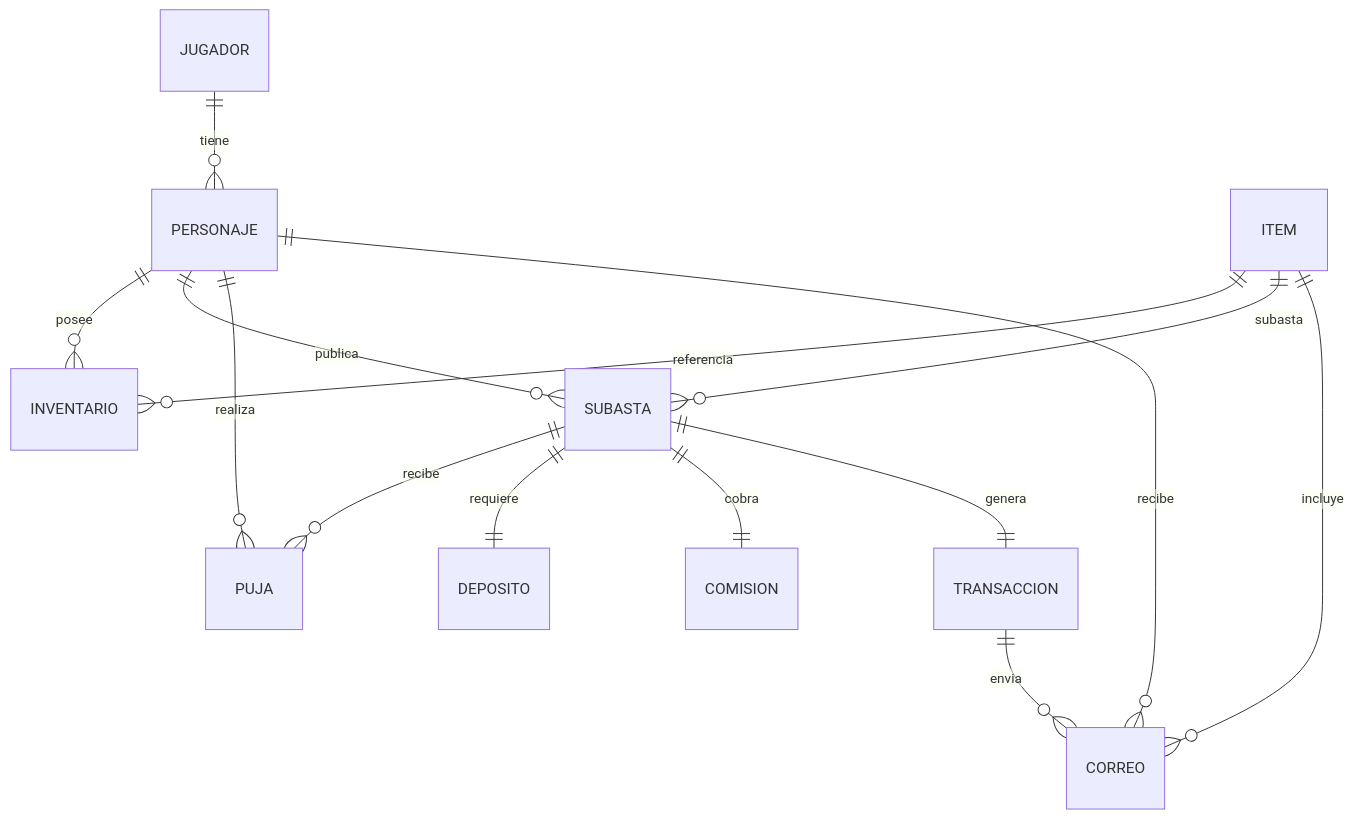
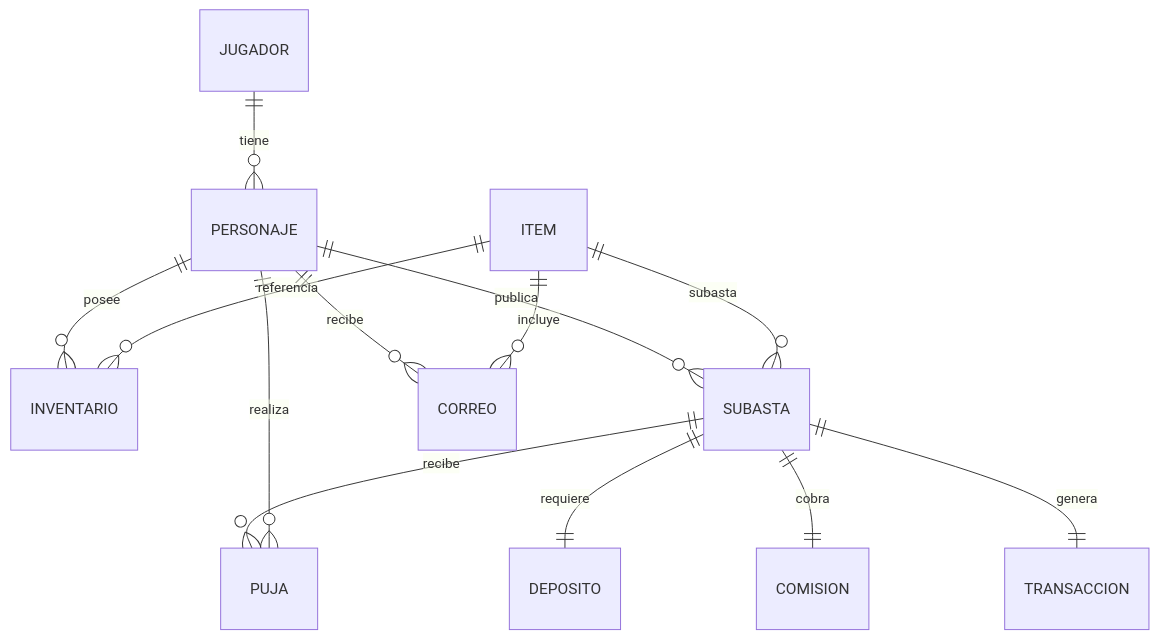
One commit to Lucifer5421/proyectoX changed the diagram in docs/modelo_conceptual.md. Above: the diagram before and after it, drawn with Mermaid. The commit also changed other lines of this file and 67 other files, not shown here.

````diff
--- a/docs/modelo_conceptual.md
+++ b/docs/modelo_conceptual.md
@@ -23,16 +26,15 @@
 ```mermaid
 erDiagram
     JUGADOR ||--o{ PERSONAJE : tiene
     PERSONAJE ||--o{ INVENTARIO : posee
     ITEM ||--o{ INVENTARIO : referencia
     PERSONAJE ||--o{ SUBASTA : publica
     ITEM ||--o{ SUBASTA : subasta
     SUBASTA ||--o{ PUJA : recibe
     PERSONAJE ||--o{ PUJA : realiza
     SUBASTA ||--|| DEPOSITO : requiere
     SUBASTA ||--|| COMISION : cobra
     SUBASTA ||--|| TRANSACCION : genera
     PERSONAJE ||--o{ CORREO : recibe
     ITEM ||--o{ CORREO : incluye
-    TRANSACCION ||--o{ CORREO : envia
 ```
````
